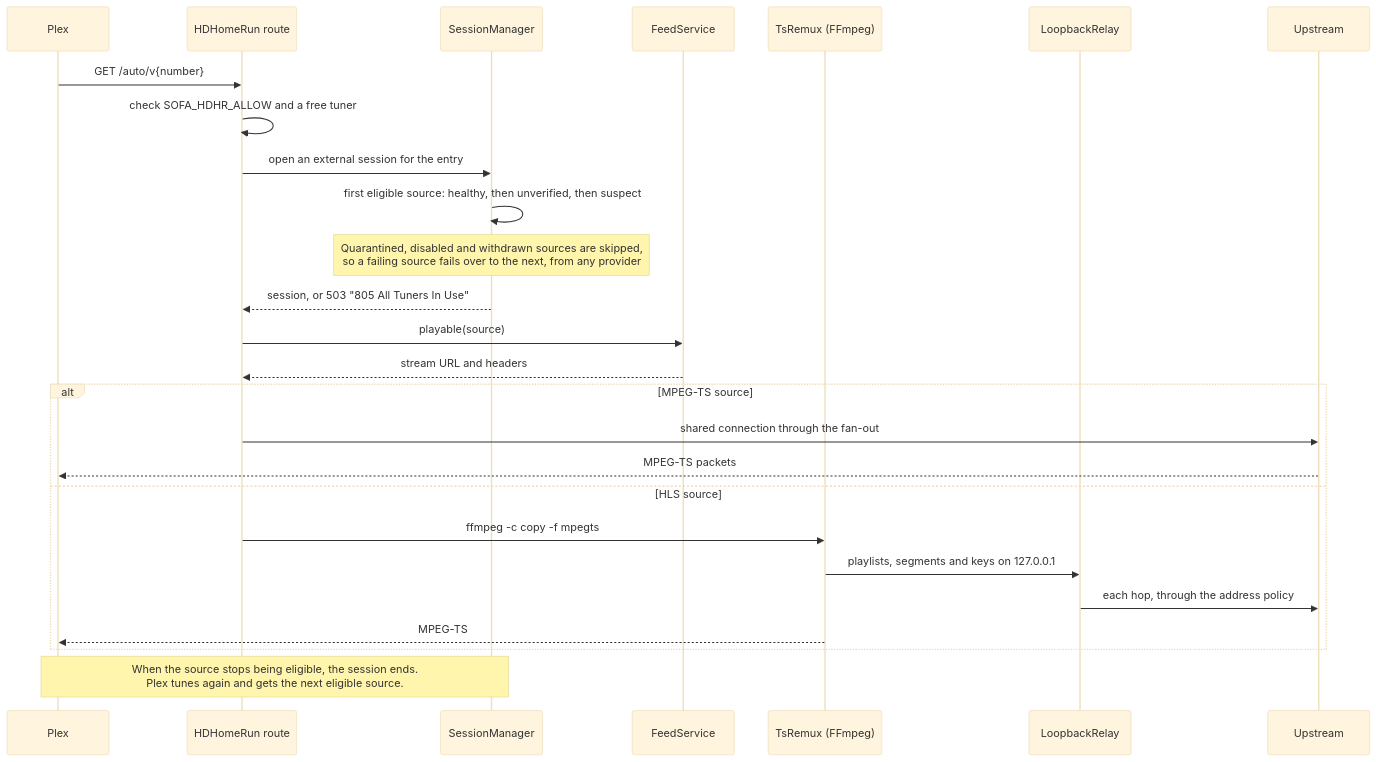
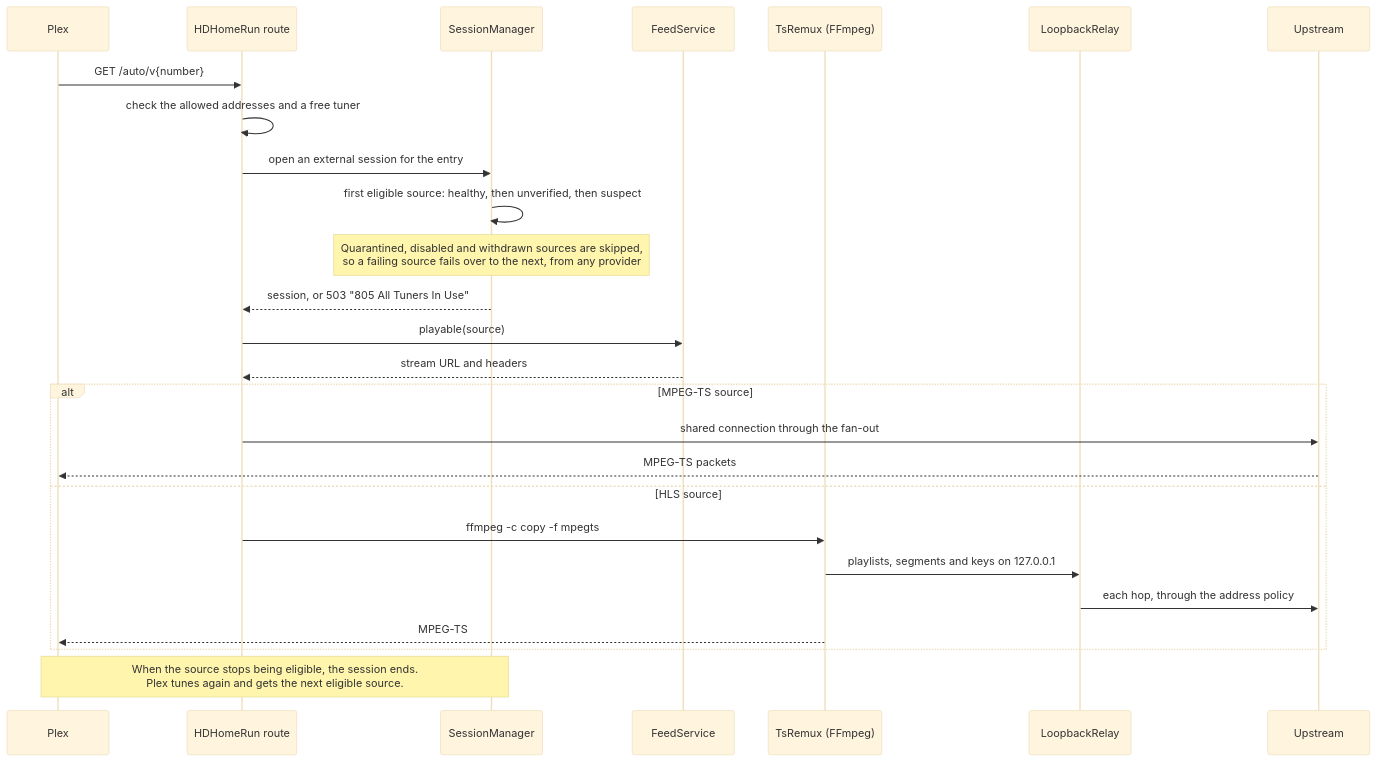
The second of 2 diagrams in backend/docs/architecture.md (jamesarich/sofa-king), drawn with Mermaid (base theme) before and after one commit. The commit also changed 28 other files, not shown here.

First line of the commit message:
feat(hdhr): allow the Plex tuner from the portal, and serve the tuners closed by default

````diff
--- a/backend/docs/architecture.md
+++ b/backend/docs/architecture.md
@@ -46,28 +46,28 @@
 ```mermaid
 sequenceDiagram
     participant Plex
     participant Route as HDHomeRun route
     participant Sessions as SessionManager
     participant Feeds as FeedService
     participant Remux as TsRemux (FFmpeg)
     participant Relay as LoopbackRelay
     participant Upstream
     Plex->>Route: GET /auto/v{number}
-    Route->>Route: check SOFA_HDHR_ALLOW and a free tuner
+    Route->>Route: check the allowed addresses and a free tuner
     Route->>Sessions: open an external session for the entry
     Sessions->>Sessions: first eligible source: healthy, then unverified, then suspect
     Note over Sessions: Quarantined, disabled and withdrawn sources are skipped,<br/>so a failing source fails over to the next, from any provider
     Sessions-->>Route: session, or 503 "805 All Tuners In Use"
     Route->>Feeds: playable(source)
     Feeds-->>Route: stream URL and headers
     alt MPEG-TS source
         Route->>Upstream: shared connection through the fan-out
         Upstream-->>Plex: MPEG-TS packets
     else HLS source
         Route->>Remux: ffmpeg -c copy -f mpegts
         Remux->>Relay: playlists, segments and keys on 127.0.0.1
         Relay->>Upstream: each hop, through the address policy
         Remux-->>Plex: MPEG-TS
     end
     Note over Plex,Sessions: When the source stops being eligible, the session ends.<br/>Plex tunes again and gets the next eligible source.
 ```
````
